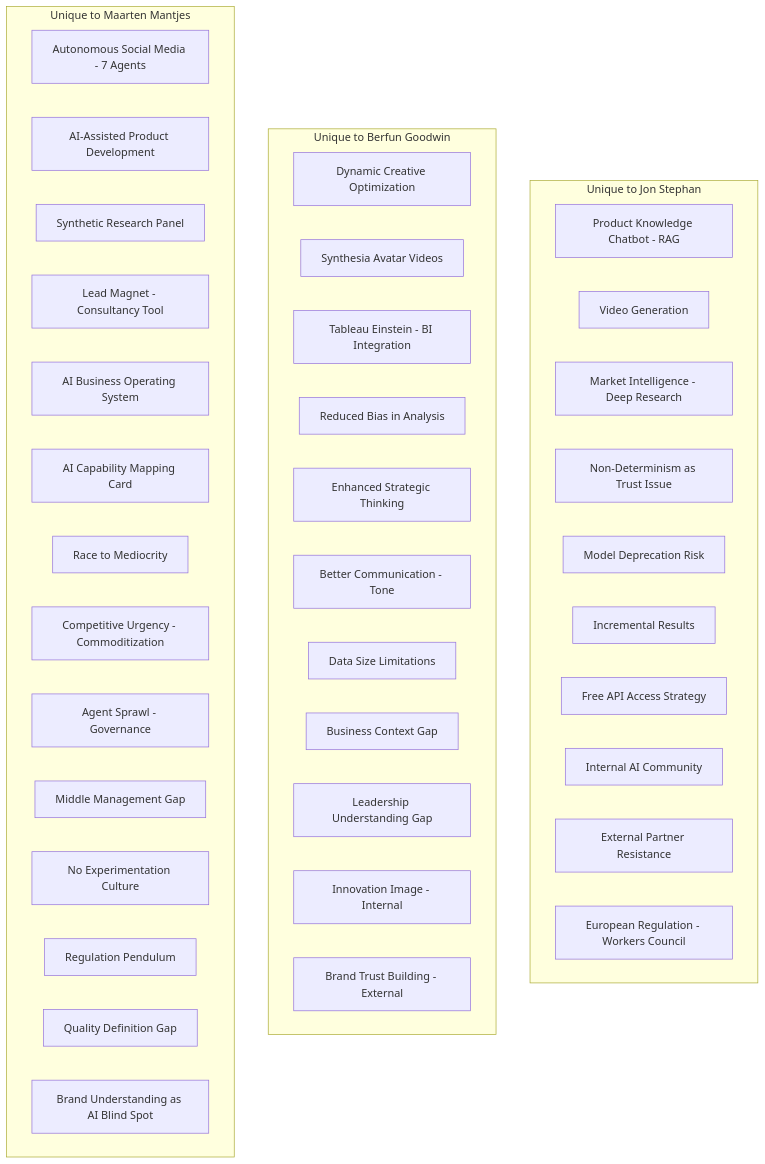
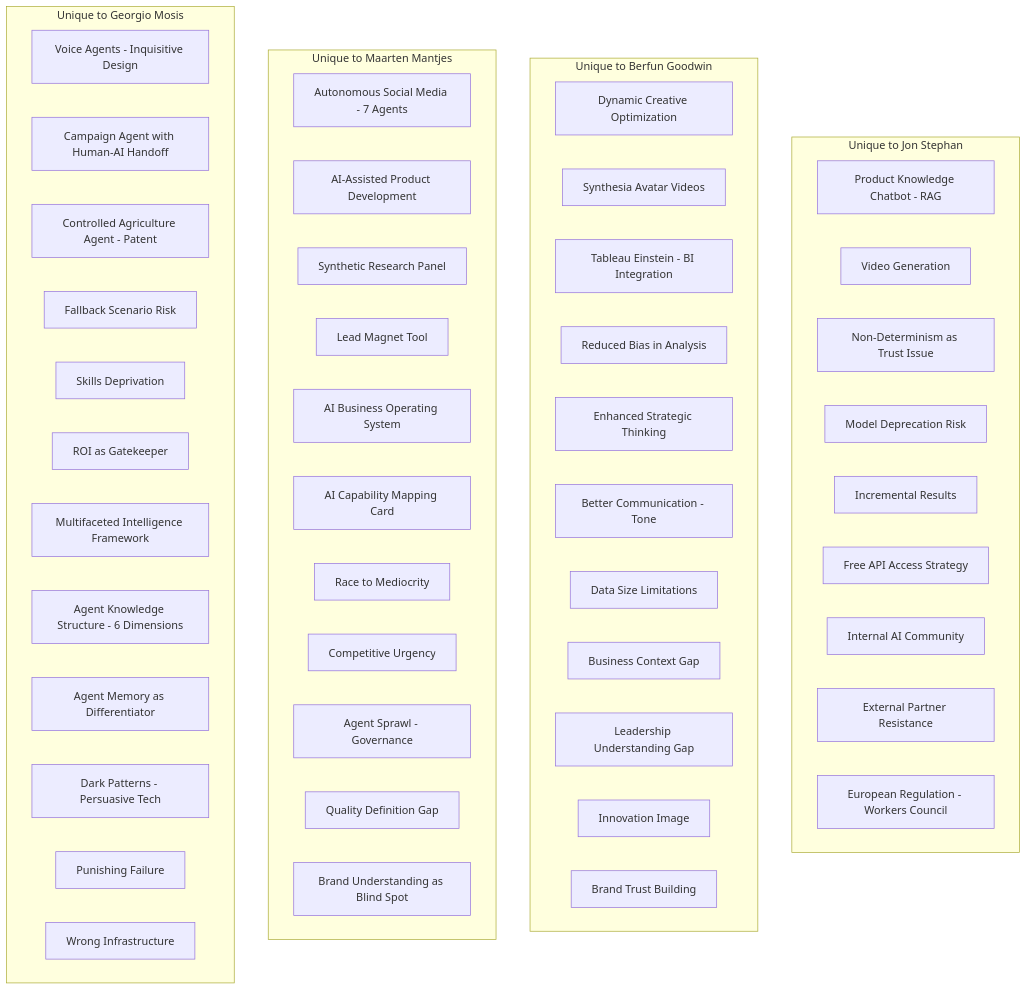
The second of 4 diagrams in transcript-codes/Cross-Case Code Alignment.md (Luttik/thesis), drawn with Mermaid before and after one commit. The commit also changed other lines of this file and 3 other files, not shown here.

Commit message:
Added interview output from Georgio Mosis

````diff
--- a/transcript-codes/Cross-Case Code Alignment.md
+++ b/transcript-codes/Cross-Case Code Alignment.md
@@ -87,46 +90,57 @@
 ```mermaid
 graph TB
     subgraph uniqueJS [Unique to Jon Stephan]
         JS1["Product Knowledge Chatbot - RAG"]
         JS2["Video Generation"]
-        JS3["Market Intelligence - Deep Research"]
         JS4["Non-Determinism as Trust Issue"]
         JS5["Model Deprecation Risk"]
         JS6["Incremental Results"]
         JS7["Free API Access Strategy"]
         JS8["Internal AI Community"]
         JS9["External Partner Resistance"]
         JS10["European Regulation - Workers Council"]
     end
 
     subgraph uniqueBG [Unique to Berfun Goodwin]
         BG1["Dynamic Creative Optimization"]
         BG2["Synthesia Avatar Videos"]
         BG5["Tableau Einstein - BI Integration"]
         BG6["Reduced Bias in Analysis"]
         BG7["Enhanced Strategic Thinking"]
         BG8["Better Communication - Tone"]
         BG10["Data Size Limitations"]
         BG11["Business Context Gap"]
         BG12["Leadership Understanding Gap"]
-        BG13["Innovation Image - Internal"]
-        BG14["Brand Trust Building - External"]
+        BG13["Innovation Image"]
+        BG14["Brand Trust Building"]
     end
 
     subgraph uniqueMM [Unique to Maarten Mantjes]
         MM1["Autonomous Social Media - 7 Agents"]
         MM2["AI-Assisted Product Development"]
         MM3["Synthetic Research Panel"]
-        MM4["Lead Magnet - Consultancy Tool"]
+        MM4["Lead Magnet Tool"]
         MM5["AI Business Operating System"]
         MM6["AI Capability Mapping Card"]
         MM7["Race to Mediocrity"]
-        MM8["Competitive Urgency - Commoditization"]
+        MM8["Competitive Urgency"]
         MM9["Agent Sprawl - Governance"]
-        MM10["Middle Management Gap"]
-        MM11["No Experimentation Culture"]
-        MM12["Regulation Pendulum"]
         MM13["Quality Definition Gap"]
-        MM14["Brand Understanding as AI Blind Spot"]
+        MM14["Brand Understanding as Blind Spot"]
+    end
+
+    subgraph uniqueGM [Unique to Georgio Mosis]
+        GM1["Voice Agents - Inquisitive Design"]
+        GM2["Campaign Agent with Human-AI Handoff"]
+        GM3["Controlled Agriculture Agent - Patent"]
+        GM4["Fallback Scenario Risk"]
+        GM5["Skills Deprivation"]
+        GM6["ROI as Gatekeeper"]
+        GM7["Multifaceted Intelligence Framework"]
+        GM8["Agent Knowledge Structure - 6 Dimensions"]
+        GM9["Agent Memory as Differentiator"]
+        GM10["Dark Patterns - Persuasive Tech"]
+        GM11["Punishing Failure"]
+        GM12["Wrong Infrastructure"]
     end
 ```
````
